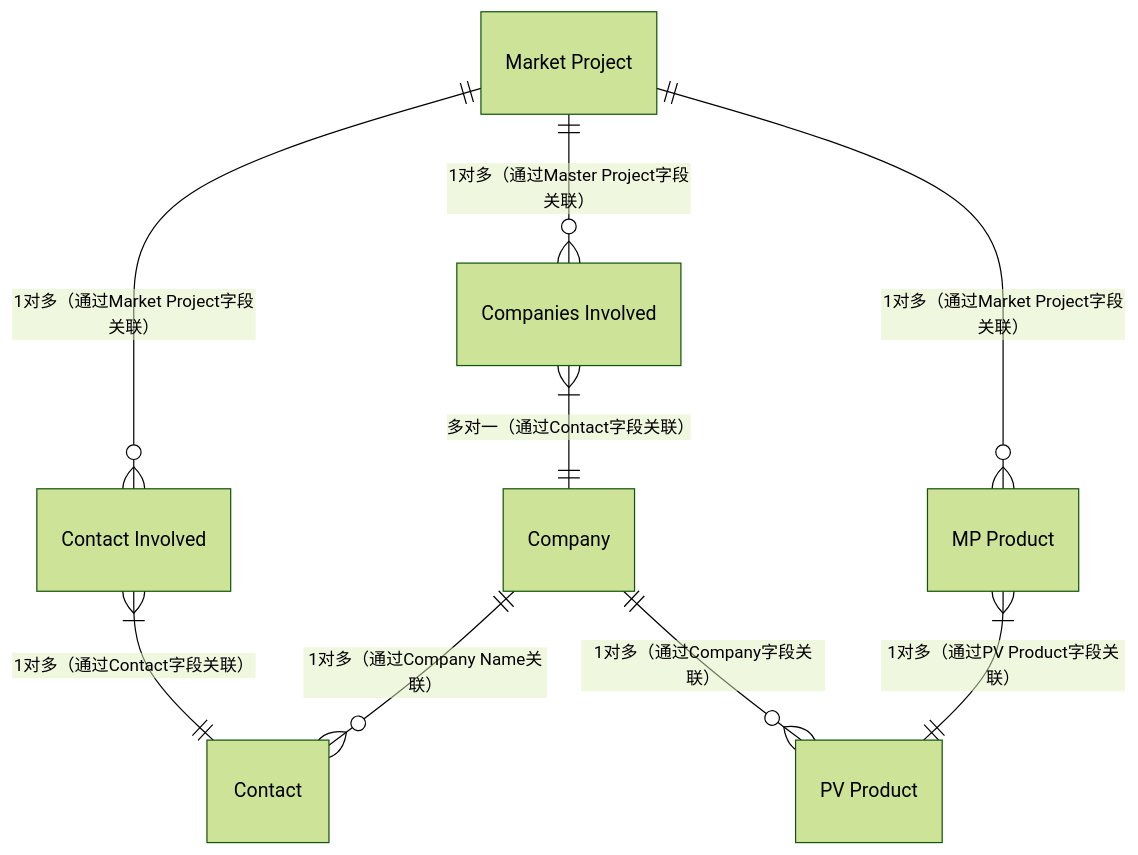
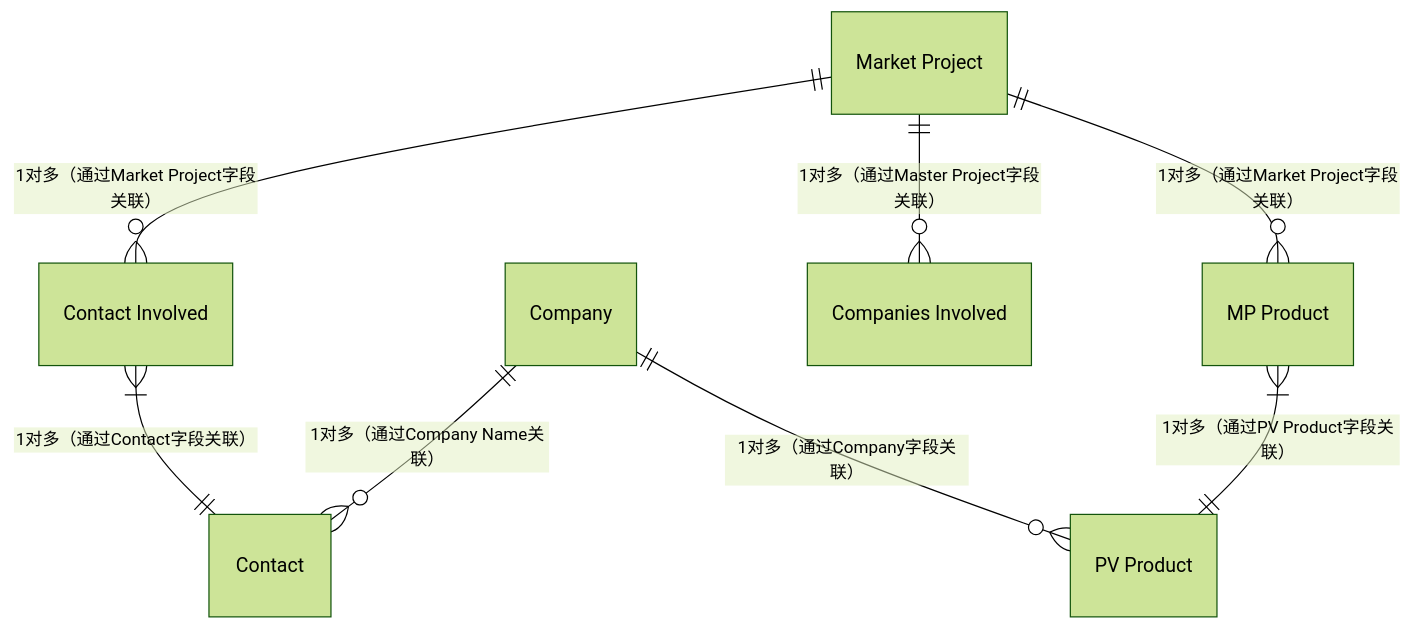
One commit to zhangziru-33/iodraw-files changed the diagram in all/Norden数据E-R图(7个对象，+contact).md. Above: the diagram before and after it, drawn with Mermaid (forest theme).

Commit message:
2025-12-04 14:55:00 update

````diff
--- a/all/Norden数据E-R图(7个对象，+contact).md
+++ b/all/Norden数据E-R图(7个对象，+contact).md
@@ -1,20 +1,20 @@
 ```mermaid
 erDiagram
     
     
     Company ||--o{ "PV Product" : "1对多（通过Company字段关联）"
     
     "Market Project" ||--o{ "Contact Involved" : "1对多（通过Market Project字段关联）"
     "Contact Involved" }|--|| "Contact" : "1对多（通过Contact字段关联）"
     %% Contact ||--o{ "Conatct Involved" : "1对多（通过Conatct字段关联）"
     Company ||--o{ "Contact" : "1对多（通过Company Name关联）"
     %% Company ||--o{ "Companies Involved" : "1对多（通过Company Name关联）"
-    "Companies Involved" }|--|| "Company" : "多对一（通过Contact字段关联）"
+    %% "Companies Involved" }|--|| "Company" : "多对一（通过Contact字段关联）"
     "Market Project" ||--o{ "Companies Involved" : "1对多（通过Master Project字段关联）"
     
 
     "Market Project" ||--o{ "MP Product" : "1对多（通过Market Project字段关联）"
     "MP Product" }|--|| "PV Product" : "1对多（通过PV Product字段关联）"
    
     
 ```
````
